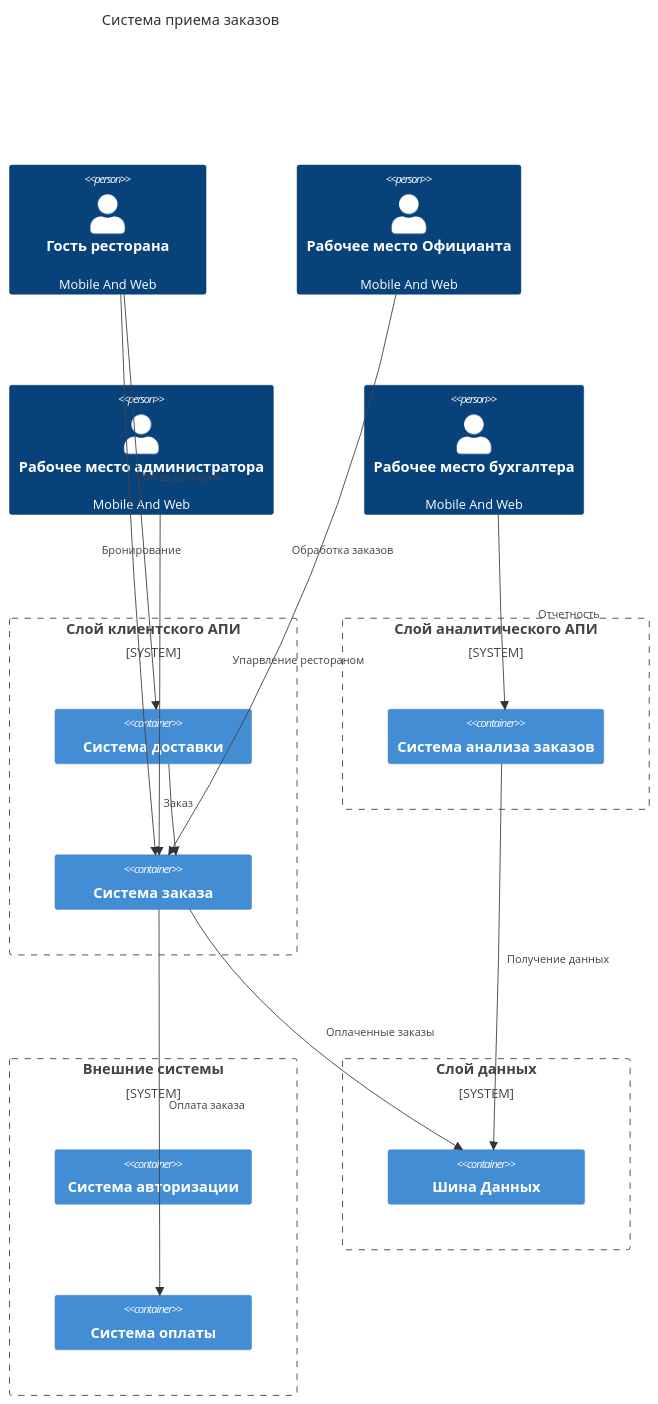
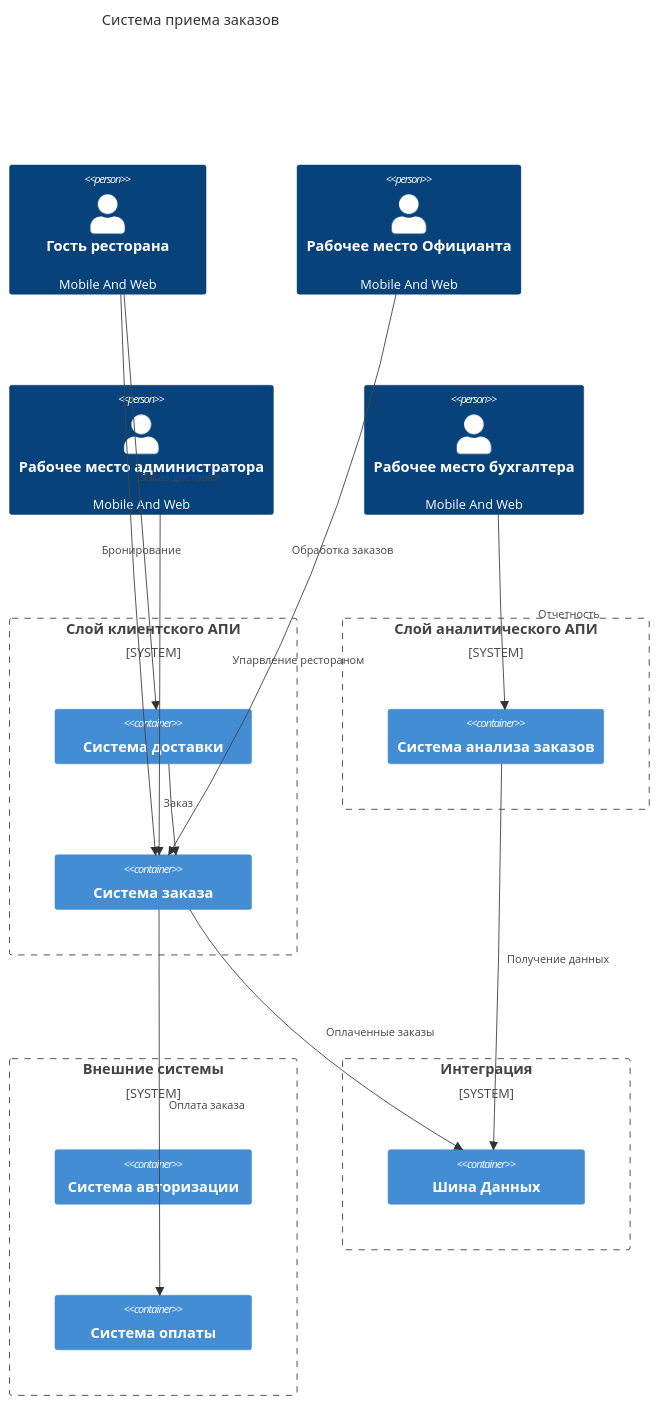
Before and after one commit to mishanio/arhitech_hac_2024: the diagram in task_3_restaurant_orders/structural_scheme.md, drawn with Mermaid. The commit also changed 4 other files, not shown here.

Commit message:
add task 3 diagram

````diff
--- a/task_3_restaurant_orders/structural_scheme.md
+++ b/task_3_restaurant_orders/structural_scheme.md
@@ -3,48 +3,47 @@
 ```mermaid
   C4Context
     title Система приема заказов
     Person(client, "Гость ресторана", "Mobile And Web")
     Person(waiter, "Рабочее место Официанта", "Mobile And Web")
     Person(admin, "Рабочее место администратора", "Mobile And Web")
     Person(accountant, "Рабочее место бухгалтера ", "Mobile And Web")
 
     System_Boundary(front, "Слой клиентского АПИ") {
         Container(deliveri-service, "Система доставки")
         Container(order-service, "Система заказа")
     }
     System_Boundary(back, "Слой аналитического АПИ") {
         Container(analytics-service, "Система анализа заказов")
     }
     System_Boundary(outsource, "Внешние  системы") {
         Container(auth-service, "Система авторизации")
         Container(billing-service, "Система оплаты")
     }
-    System_Boundary(data, "Слой данных") {
+    System_Boundary(data, "Интеграция") {
         Container(service-bus, "Шина Данных")
     }
-
 
     Rel(client, deliveri-service, "Заказ доставки")
     UpdateRelStyle(client, deliveri-service, $offsetY="-30")
     Rel(client, order-service, "Бронирование")
     UpdateRelStyle(client, order-service, $offsetY="-30", $offsetX="-40")
     Rel(waiter, order-service, "Обработка заказов")
     UpdateRelStyle(waiter, order-service, $offsetY="-30", $offsetX="10")
     Rel(admin, order-service, "Упарвление рестораном")
     UpdateRelStyle(admin, order-service, $offsetY="-30", $offsetX="80")
     Rel(accountant, analytics-service, "Отчетность")
     UpdateRelStyle(accountant, analytics-service, $offsetX="40")
     
     Rel(deliveri-service, order-service, "Заказ")
     Rel(order-service, billing-service, "Оплата заказа")
     UpdateRelStyle(order-service, billing-service, $offsetX="10")
     Rel(order-service, service-bus, "Оплаченные заказы")
     Rel(analytics-service, service-bus, "Получение данных")
     UpdateRelStyle(analytics-service, service-bus, $offsetX="10")
     
     UpdateRelStyle(deliveri-service, order-service, $offsetY="-10", $offsetX="-10")
-    UpdateLayoutConfig($c4ShapeInRow="4")
+    UpdateLayoutConfig($c4ShapeInRow="4", $c4BoundaryInRow="2")
 
 
 
 ```
````
